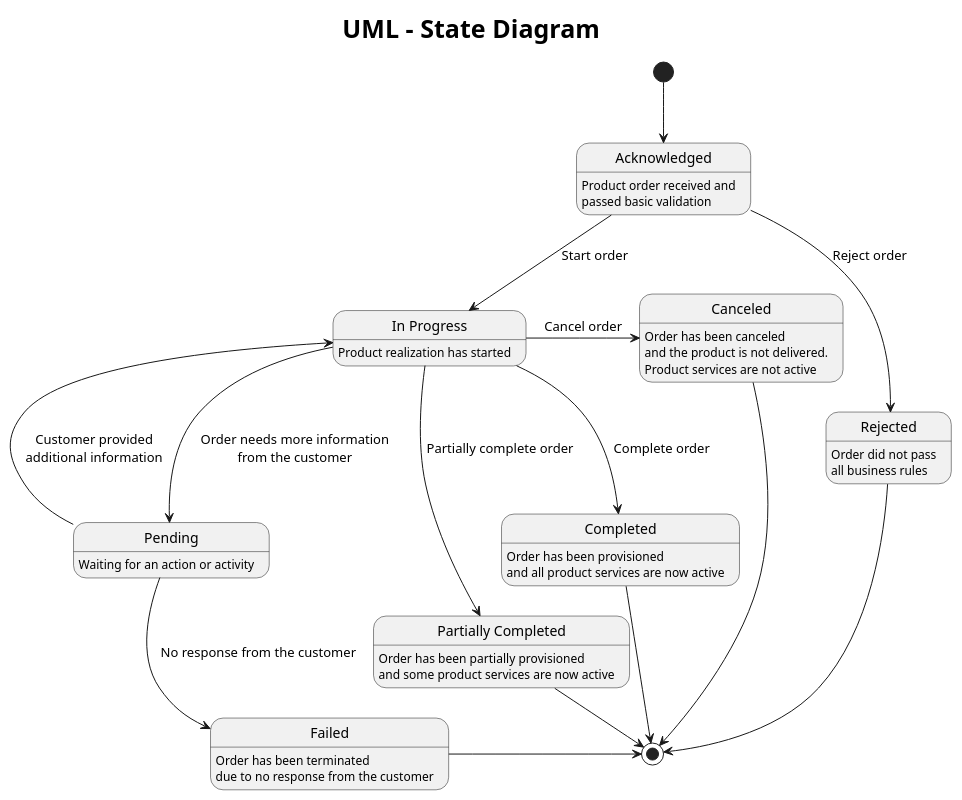
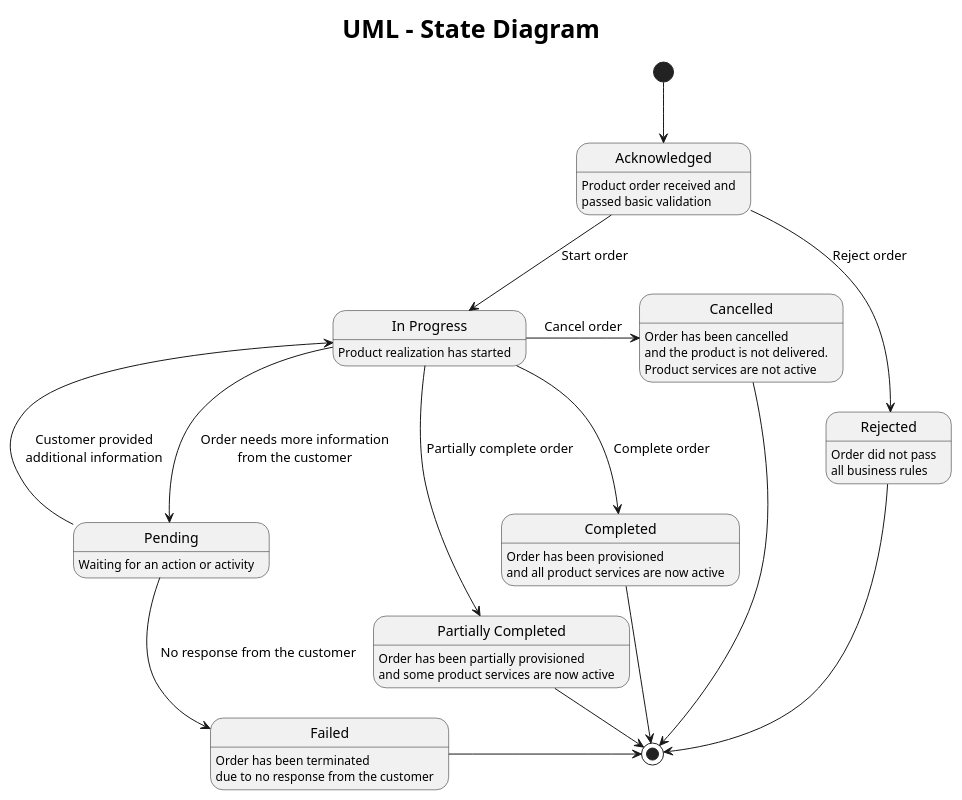
The diagram in uml/state/product-order-states.puml (ensarhamzic/diplomski-rad-softversko-inzenjerstvo), drawn with PlantUML before and after one commit.

Commit message:
state fix

```diff
--- a/uml/state/product-order-states.puml
+++ b/uml/state/product-order-states.puml
@@ -1,58 +1,58 @@
 @startuml
 skinparam titleFontSize 25
 
 title
 UML - State Diagram
 end title
 
 state "Acknowledged" as acknowledged
 state "In Progress" as inProgress
 state "Rejected" as rejected
 state "Completed" as completed
 state "Partially Completed" as partial
-state "Canceled" as canceled
+state "Cancelled" as cancelled
 state "Pending" as pending
 state "Failed" as failed
 
 [*] -down-> acknowledged
 acknowledged : Product order received and
 acknowledged: passed basic validation
 
 acknowledged --> inProgress: Start order
 inProgress: Product realization has started
 
 acknowledged --> rejected: Reject order
 rejected: Order did not pass
 rejected: all business rules
 
 inProgress --> completed: Complete order
 completed: Order has been provisioned
 completed: and all product services are now active
 
 inProgress --> partial: Partially complete order
 partial: Order has been partially provisioned
 partial: and some product services are now active
 
-inProgress -> canceled: Cancel order
-canceled: Order has been canceled
-canceled: and the product is not delivered.
-canceled: Product services are not active
+inProgress -> cancelled: Cancel order
+cancelled: Order has been cancelled
+cancelled: and the product is not delivered.
+cancelled: Product services are not active
 
 inProgress --> pending: Order needs more information\nfrom the customer
 pending: Waiting for an action or activity
 
 pending --> inProgress: Customer provided\nadditional information
 
 pending --> failed: No response from the customer
 failed: Order has been terminated
 failed: due to no response from the customer
 
 rejected -> [*]
 completed -> [*]
 partial -> [*]
-canceled -> [*]
+cancelled -> [*]
 failed -> [*]
 
 ' layout
-canceled -[hidden]-> completed
+cancelled -[hidden]-> completed
 @enduml
```
